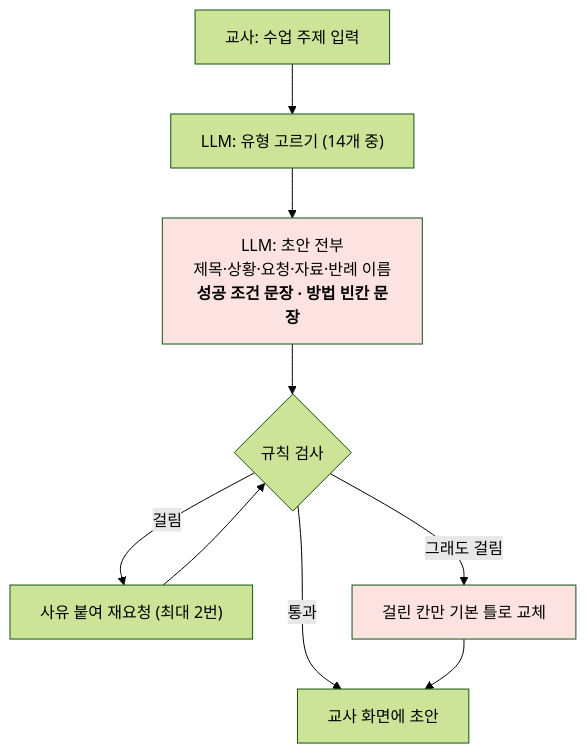
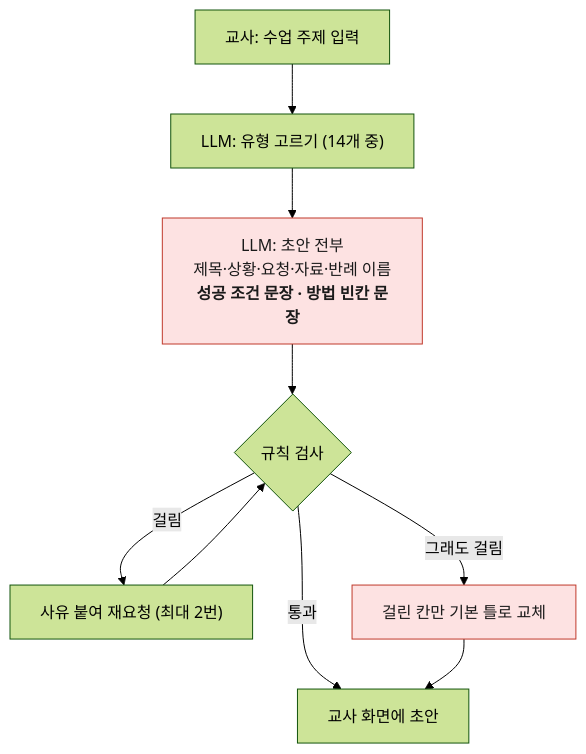
The third of 4 diagrams in docs/superpowers/specs/2026-10-16-card-design-and-review-design.md (tomchaccom/Cut-Check), drawn with Mermaid (forest theme) before and after one commit. The commit also changed other lines of this file, not shown here.

````diff
--- a/docs/superpowers/specs/2026-10-16-card-design-and-review-design.md
+++ b/docs/superpowers/specs/2026-10-16-card-design-and-review-design.md
@@ -83,13 +83,13 @@
 ```mermaid
 flowchart TD
     S["교사: 수업 주제 입력"] --> T["LLM: 유형 고르기 (14개 중)"]
     T --> G["LLM: 초안 전부<br/>제목·상황·요청·자료·반례 이름<br/><b>성공 조건 문장 · 방법 빈칸 문장</b>"]
     G --> V{"규칙 검사"}
     V -->|"걸림"| R["사유 붙여 재요청 (최대 2번)"]
     R --> V
     V -->|"그래도 걸림"| F["걸린 칸만 기본 틀로 교체"]
     V -->|"통과"| O["교사 화면에 초안"]
     F --> O
-    style G fill:#fde2e2
-    style F fill:#fde2e2
+    style G fill:#fde2e2,stroke:#c0392b,color:#1a1a1a
+    style F fill:#fde2e2,stroke:#c0392b,color:#1a1a1a
 ```
````
